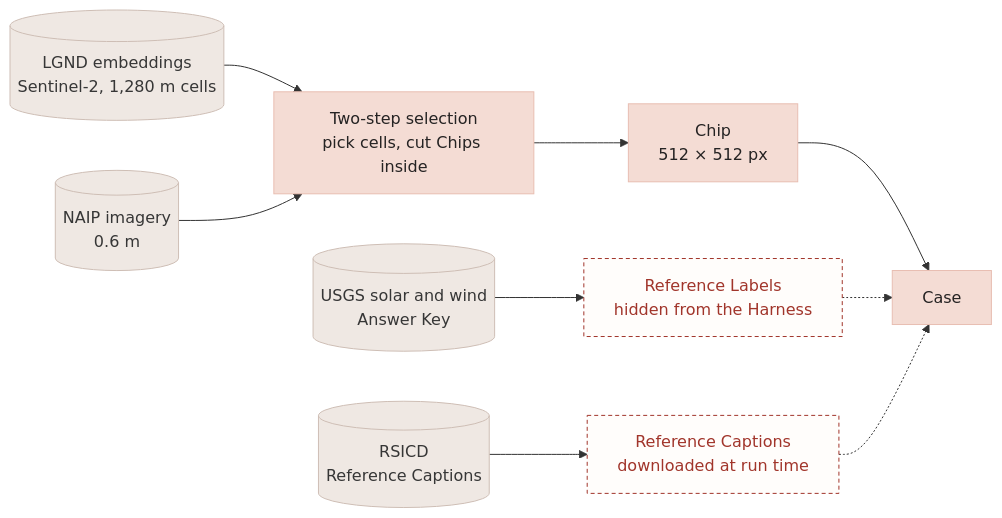
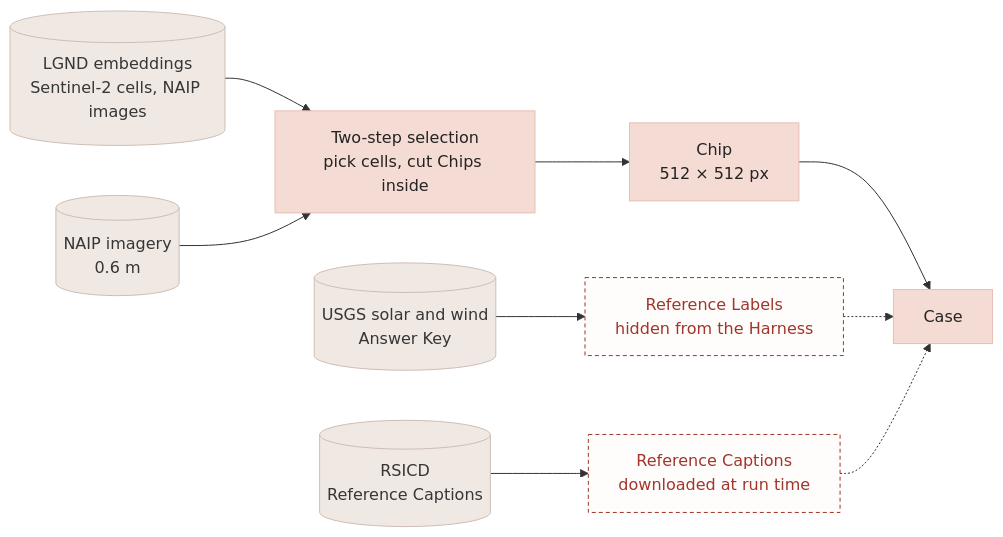
The second of 7 diagrams in docs/caption-plan.md (PlutonicSauce/Clayzer), drawn with Mermaid before and after one commit. The commit also changed other lines of this file and 12 other files, not shown here.

````diff
--- a/docs/caption-plan.md
+++ b/docs/caption-plan.md
@@ -48,26 +57,26 @@
 ```mermaid
 flowchart LR
-    LGND[("LGND embeddings<br/>Sentinel-2, 1,280 m cells")]
+    LGND[("LGND embeddings<br/>Sentinel-2 cells, NAIP images")]
     NAIP[("NAIP imagery<br/>0.6 m")]
     USGS[("USGS solar and wind<br/>Answer Key")]
     RSICD[("RSICD<br/>Reference Captions")]
 
     SEL["Two-step selection<br/>pick cells, cut Chips inside"]
     CHIP["Chip<br/>512 × 512 px"]
     CASE["Case"]
     LABELS["Reference Labels<br/>hidden from the Harness"]
     REFCAP["Reference Captions<br/>downloaded at run time"]
 
     LGND --> SEL
     NAIP --> SEL --> CHIP --> CASE
     USGS --> LABELS -.-> CASE
     RSICD --> REFCAP -.-> CASE
     classDef data fill:#efe8e3,stroke:#cebeb5,color:#363636
     classDef captions fill:#f4dcd4,stroke:#e8beb2,color:#252323
     classDef evaluation fill:#dfe9df,stroke:#c9d7c9,color:#252323
     classDef decision fill:#fffdfb,stroke:#9a4a35,color:#252323
     classDef hidden fill:#fffdfb,stroke:#a1352b,stroke-dasharray:4 3,color:#a1352b
     class LGND,NAIP,USGS,RSICD data
     class SEL,CHIP,CASE captions
     class LABELS,REFCAP hidden
 ```
````
